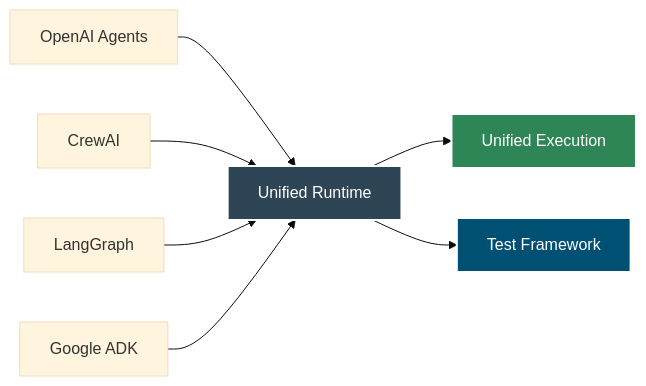
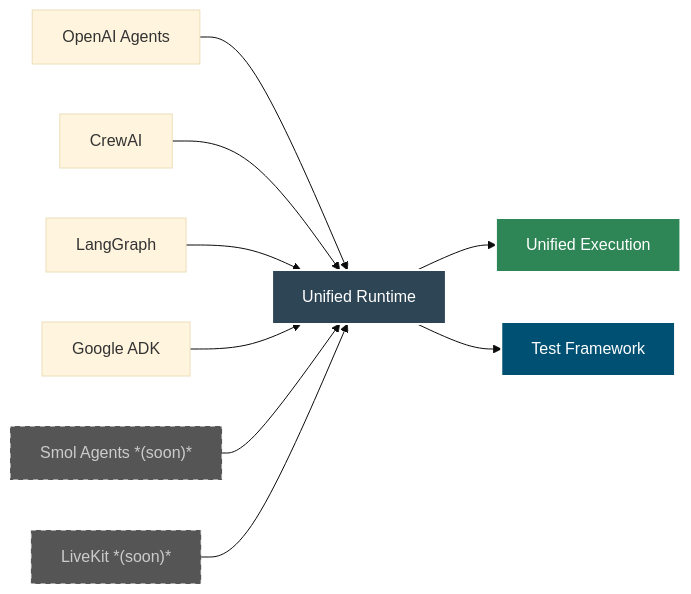
Before and after one commit to yaalalabs/agent-kernel: the first of 2 diagrams in docs/docs/intro.md, drawn with Mermaid (base theme). The commit also changed other lines of this file and 10 other files, not shown here.

````diff
--- a/docs/docs/intro.md
+++ b/docs/docs/intro.md
@@ -29,17 +29,21 @@
 ```mermaid
 ---
 config:
   layout: dagre
 ---
 flowchart LR
     B["Unified Runtime"] --> A["Unified Execution"]
     C["OpenAI Agents"] --> B
     D["CrewAI"] --> B
     E["LangGraph"] --> B
     F["Google ADK"] --> B
+    SA["Smol Agents *(soon)*"] --> B
+    LK["LiveKit *(soon)*"] --> B
     G["Test Framework"]
     B --> G
     style A fill:#2e8555,stroke:#fff,stroke-width:2px,color:#fff
     style B fill:#2e4555,stroke:#fff,stroke-width:2px,color:#fff
     style G fill:#005073,stroke:#fff,stroke-width:2px,color:#fff
+    style SA fill:#555,stroke:#fff,stroke-width:1px,color:#ccc,stroke-dasharray: 5 5
+    style LK fill:#555,stroke:#fff,stroke-width:1px,color:#ccc,stroke-dasharray: 5 5
 ```
````
